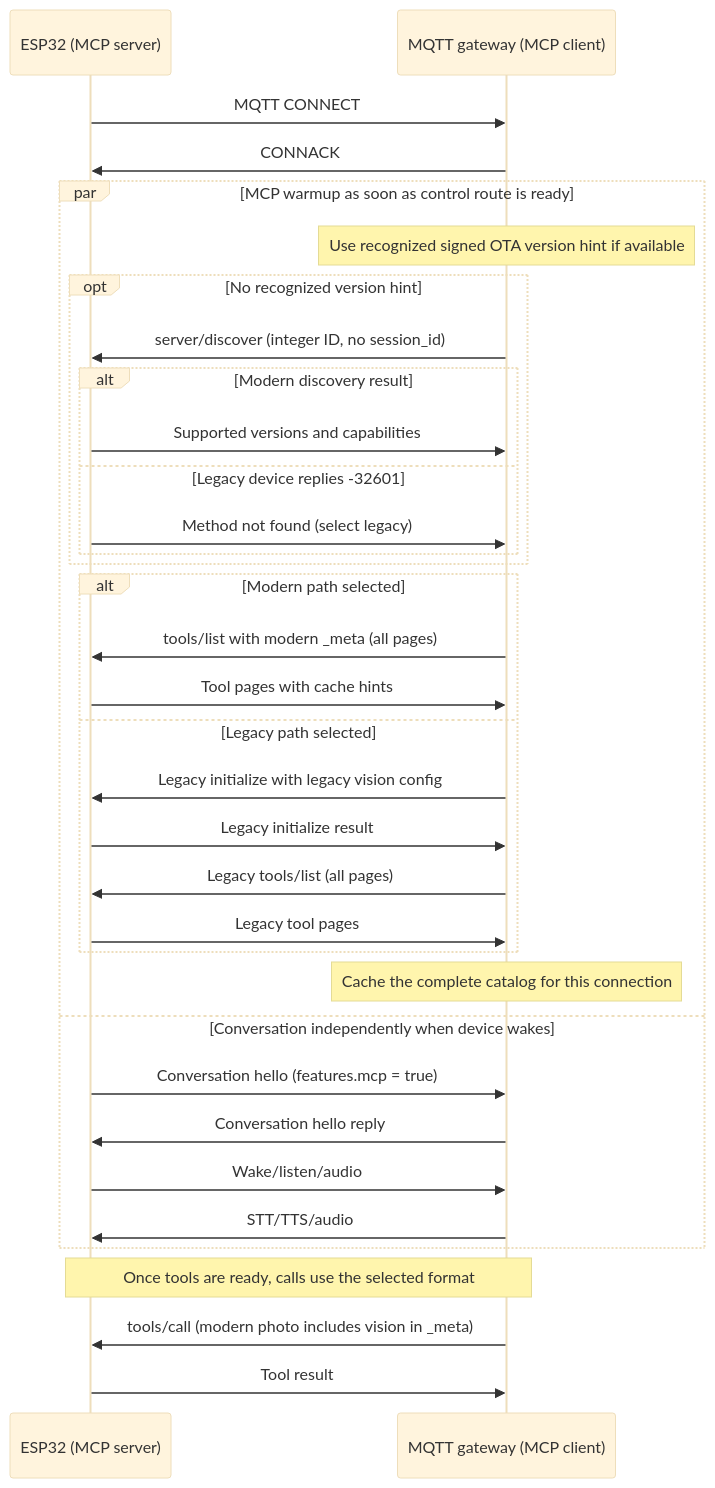
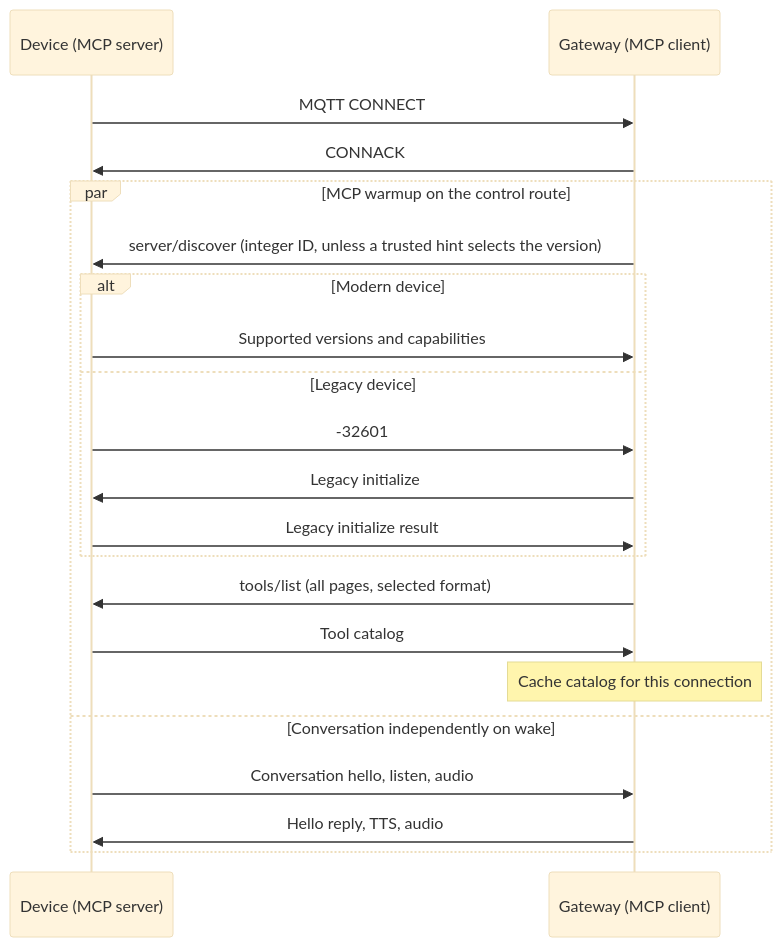
One commit to 78/xiaozhi-esp32 changed the diagram in docs/mcp-protocol.md. Above: the diagram before and after it, drawn with Mermaid (base theme). The commit also changed other lines of this file and 5 other files, not shown here.

Commit message:
Condense protocol guides and resolve tools once per request

````diff
--- a/docs/mcp-protocol.md
+++ b/docs/mcp-protocol.md
@@ -876,36 +39,23 @@
 ```mermaid
 sequenceDiagram
-    participant D as ESP32 (MCP server)
-    participant G as MQTT gateway (MCP client)
+    participant D as Device (MCP server)
+    participant G as Gateway (MCP client)
     D->>G: MQTT CONNECT
     G->>D: CONNACK
-    par MCP warmup as soon as control route is ready
-        Note over G: Use recognized signed OTA version hint if available
-        opt No recognized version hint
-            G->>D: server/discover (integer ID, no session_id)
-            alt Modern discovery result
-                D->>G: Supported versions and capabilities
-            else Legacy device replies -32601
-                D->>G: Method not found (select legacy)
-            end
+    par MCP warmup on the control route
+        G->>D: server/discover (integer ID, unless a trusted hint selects the version)
+        alt Modern device
+            D->>G: Supported versions and capabilities
+        else Legacy device
+            D->>G: -32601
+            G->>D: Legacy initialize
+            D->>G: Legacy initialize result
         end
-        alt Modern path selected
-            G->>D: tools/list with modern _meta (all pages)
-            D->>G: Tool pages with cache hints
-        else Legacy path selected
-            G->>D: Legacy initialize with legacy vision config
-            D->>G: Legacy initialize result
-            G->>D: Legacy tools/list (all pages)
-            D->>G: Legacy tool pages
-        end
-        Note over G: Cache the complete catalog for this connection
-    and Conversation independently when device wakes
-        D->>G: Conversation hello (features.mcp = true)
-        G->>D: Conversation hello reply
-        D->>G: Wake/listen/audio
-        G->>D: STT/TTS/audio
+        G->>D: tools/list (all pages, selected format)
+        D->>G: Tool catalog
+        Note over G: Cache catalog for this connection
+    and Conversation independently on wake
+        D->>G: Conversation hello, listen, audio
+        G->>D: Hello reply, TTS, audio
     end
-    Note over D,G: Once tools are ready, calls use the selected format
-    G->>D: tools/call (modern photo includes vision in _meta)
-    D->>G: Tool result
 ```
````
